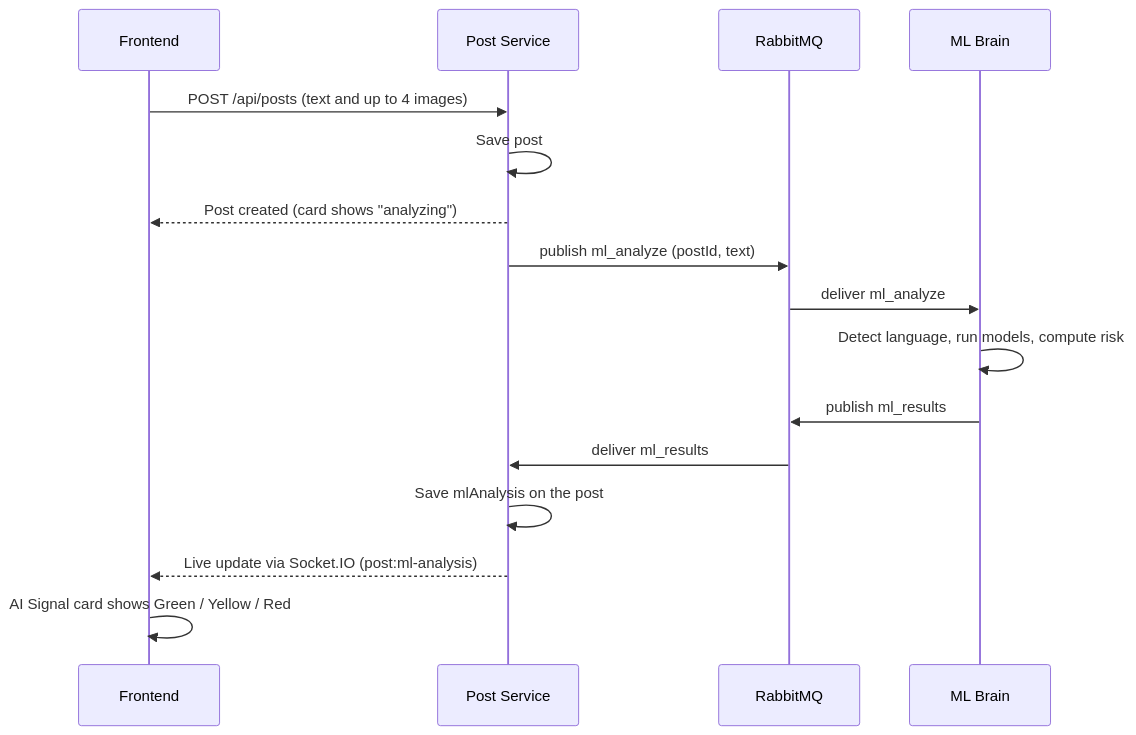
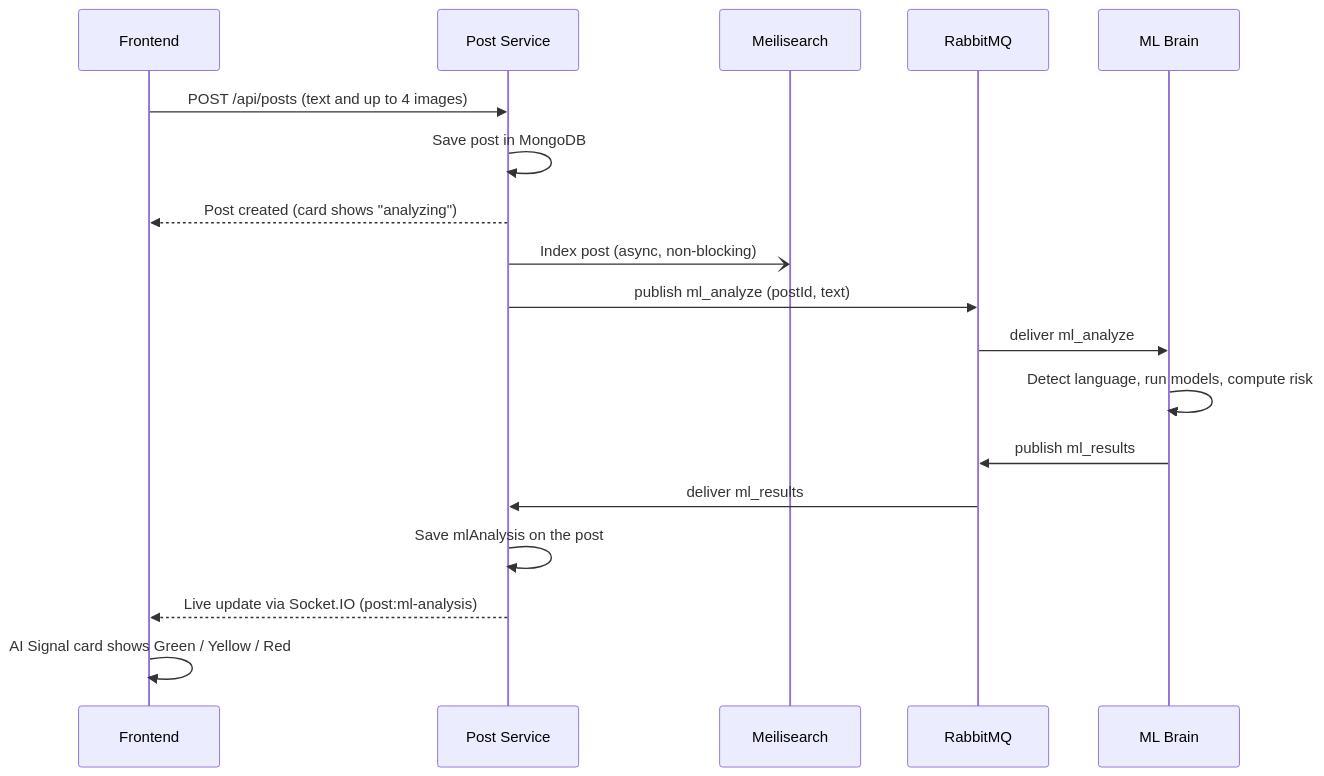
Before and after one commit to taiyeba-software/verbascope-social-ml: the third of 4 diagrams in README.md, drawn with Mermaid. The commit also changed other lines of this file and 1 other file, not shown here.

````diff
--- a/README.md
+++ b/README.md
@@ -136,19 +146,21 @@
 ```mermaid
 sequenceDiagram
     participant F as Frontend
     participant P as Post Service
+    participant S as Meilisearch
     participant Q as RabbitMQ
     participant M as ML Brain
 
     F->>P: POST /api/posts (text and up to 4 images)
-    P->>P: Save post
+    P->>P: Save post in MongoDB
     P-->>F: Post created (card shows "analyzing")
+    P-)S: Index post (async, non-blocking)
     P->>Q: publish ml_analyze (postId, text)
     Q->>M: deliver ml_analyze
     M->>M: Detect language, run models, compute risk
     M->>Q: publish ml_results
     Q->>P: deliver ml_results
     P->>P: Save mlAnalysis on the post
     P-->>F: Live update via Socket.IO (post:ml-analysis)
     F->>F: AI Signal card shows Green / Yellow / Red
 ```
````
